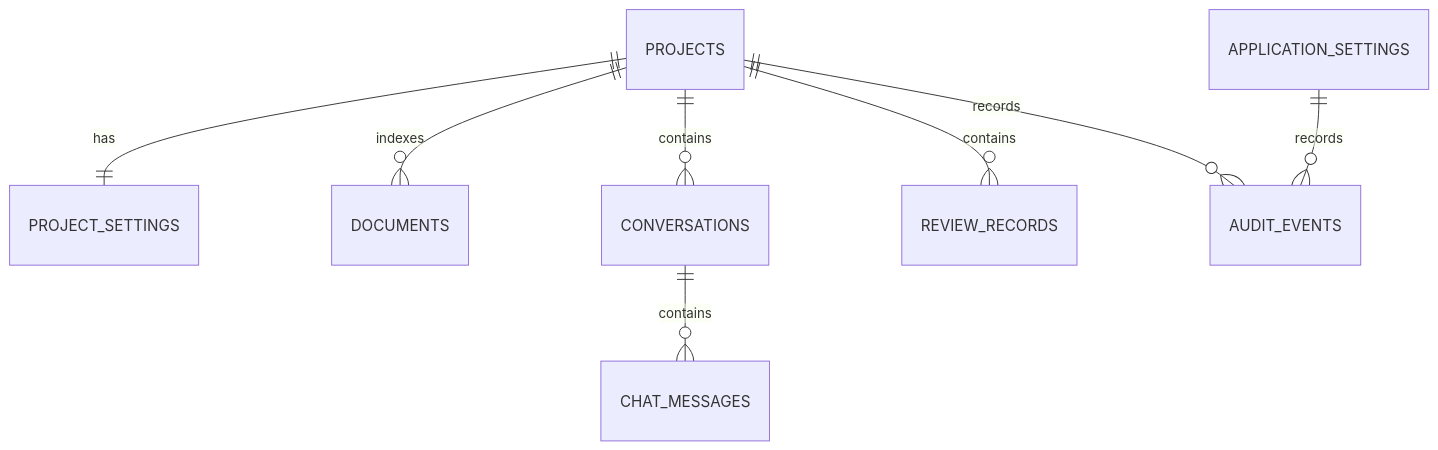
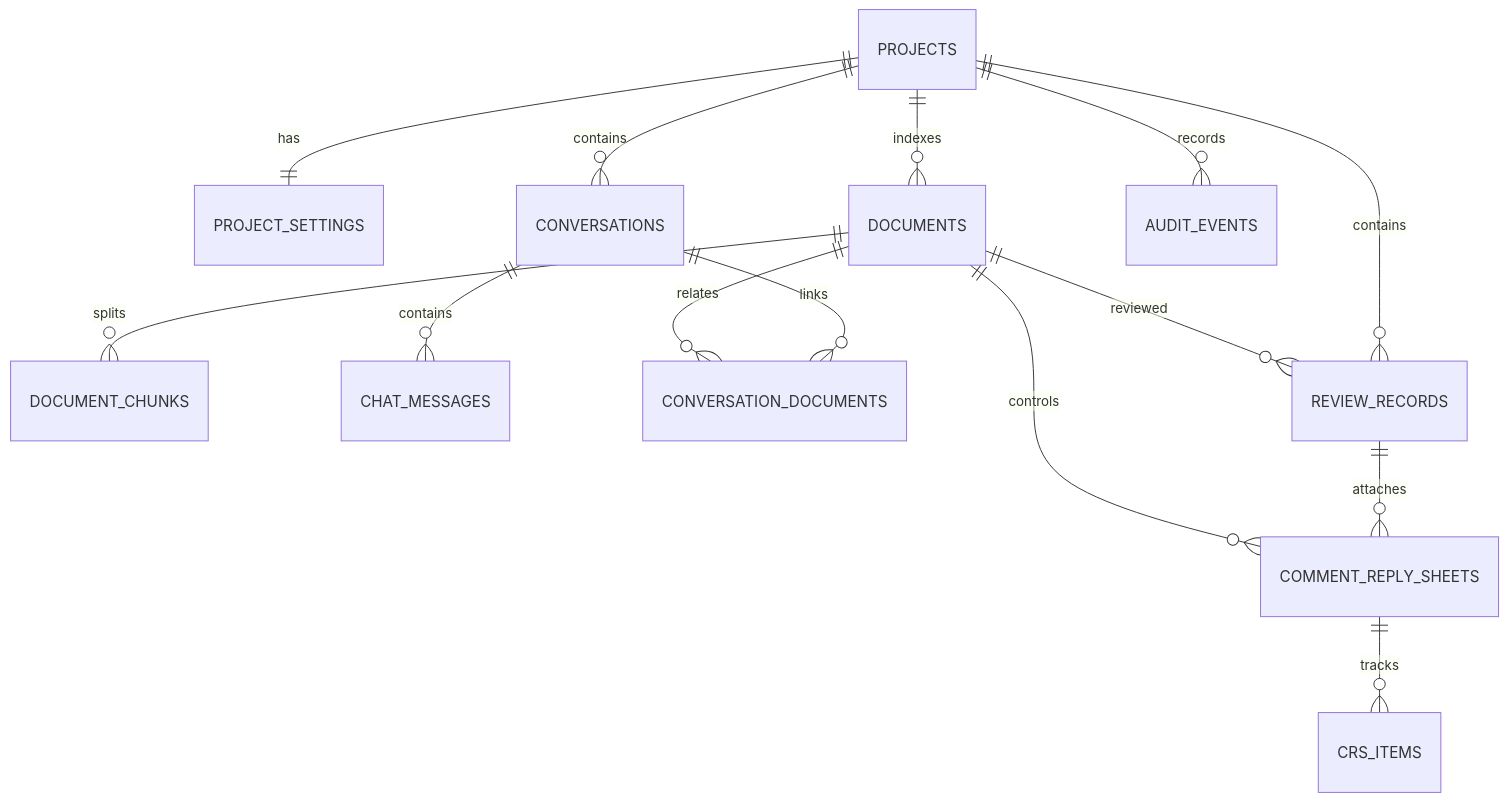
The second of 2 diagrams in docs/ARCHITECTURE.md (yafim95/ChatGPT), drawn with Mermaid before and after one commit. The commit also changed other lines of this file and 59 other files, not shown here.

````diff
--- a/docs/ARCHITECTURE.md
+++ b/docs/ARCHITECTURE.md
@@ -59,10 +59,16 @@
 ```mermaid
 erDiagram
     PROJECTS ||--|| PROJECT_SETTINGS : has
     PROJECTS ||--o{ DOCUMENTS : indexes
+    DOCUMENTS ||--o{ DOCUMENT_CHUNKS : splits
     PROJECTS ||--o{ CONVERSATIONS : contains
     CONVERSATIONS ||--o{ CHAT_MESSAGES : contains
+    CONVERSATIONS ||--o{ CONVERSATION_DOCUMENTS : links
+    DOCUMENTS ||--o{ CONVERSATION_DOCUMENTS : relates
     PROJECTS ||--o{ REVIEW_RECORDS : contains
+    DOCUMENTS ||--o{ REVIEW_RECORDS : reviewed
+    REVIEW_RECORDS ||--o{ COMMENT_REPLY_SHEETS : attaches
+    DOCUMENTS ||--o{ COMMENT_REPLY_SHEETS : controls
+    COMMENT_REPLY_SHEETS ||--o{ CRS_ITEMS : tracks
     PROJECTS ||--o{ AUDIT_EVENTS : records
-    APPLICATION_SETTINGS ||--o{ AUDIT_EVENTS : records
 ```
````
